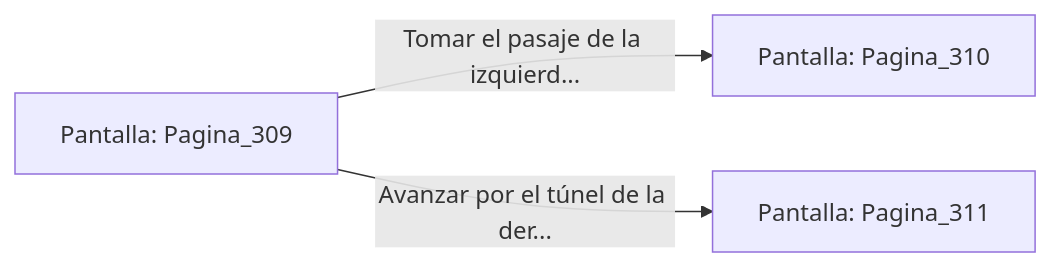
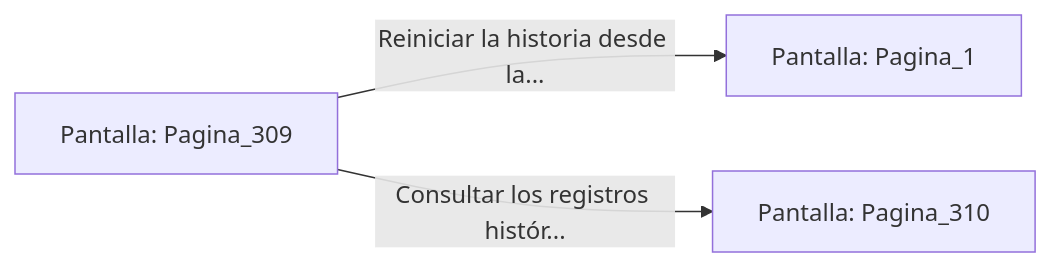
One commit to metsuke/mpl changed the diagram in sample/eligejuego-vault/Pantalla_Pagina_309.md. Above: the diagram before and after it, drawn with Mermaid. The commit also changed other lines of this file and 635 other files, not shown here.

First line of the commit message:
fix: añadir Pagina_1 como pantalla inicial en capitulo_01.mpl

````diff
--- a/sample/eligejuego-vault/Pantalla_Pagina_309.md
+++ b/sample/eligejuego-vault/Pantalla_Pagina_309.md
@@ -20,6 +24,6 @@
 ```mermaid
 graph LR
     P_Pagina_309["Pantalla: Pagina_309"]
-    P_Pagina_309 -->|"Tomar el pasaje de la izquierd..."| P_Pagina_310["Pantalla: Pagina_310"]
-    P_Pagina_309 -->|"Avanzar por el túnel de la der..."| P_Pagina_311["Pantalla: Pagina_311"]
+    P_Pagina_309 -->|"Reiniciar la historia desde la..."| P_Pagina_1["Pantalla: Pagina_1"]
+    P_Pagina_309 -->|"Consultar los registros histór..."| P_Pagina_310["Pantalla: Pagina_310"]
 ```
````
